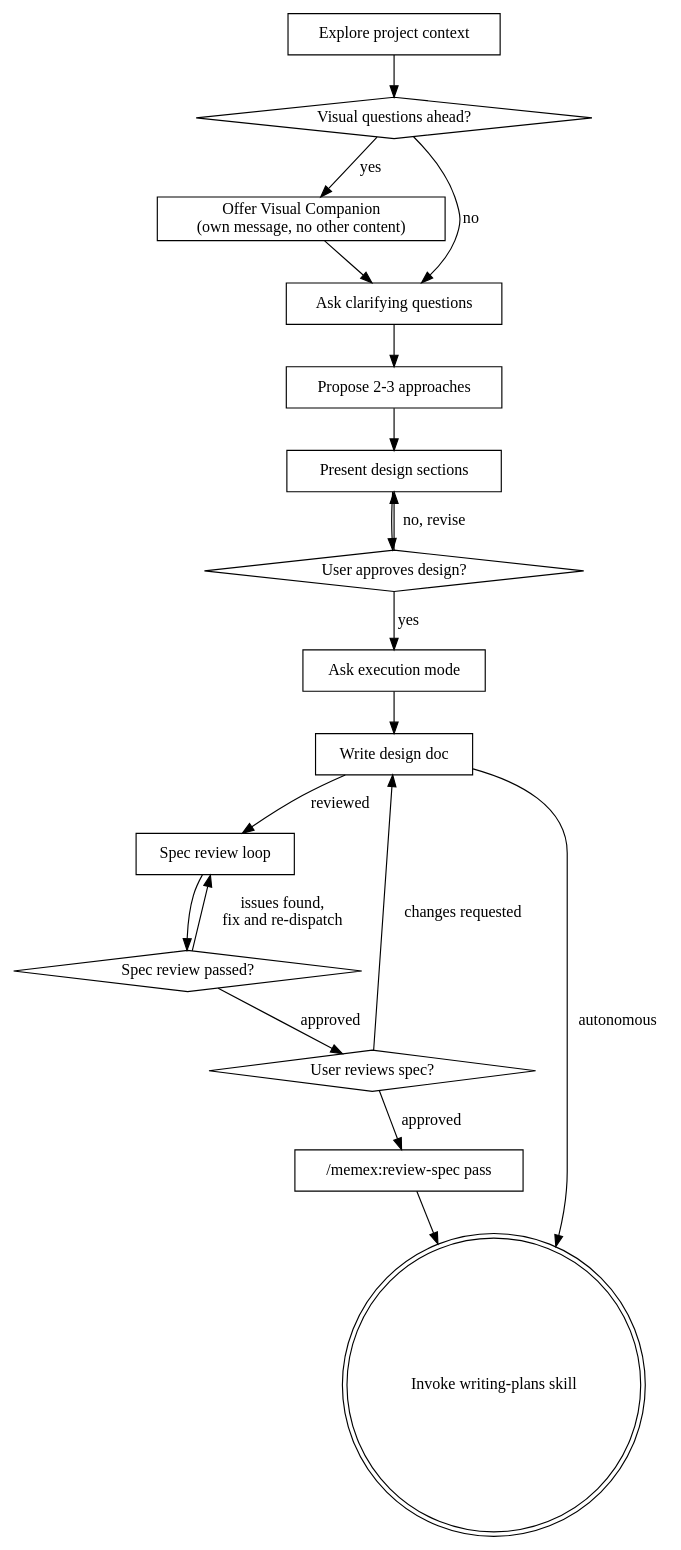
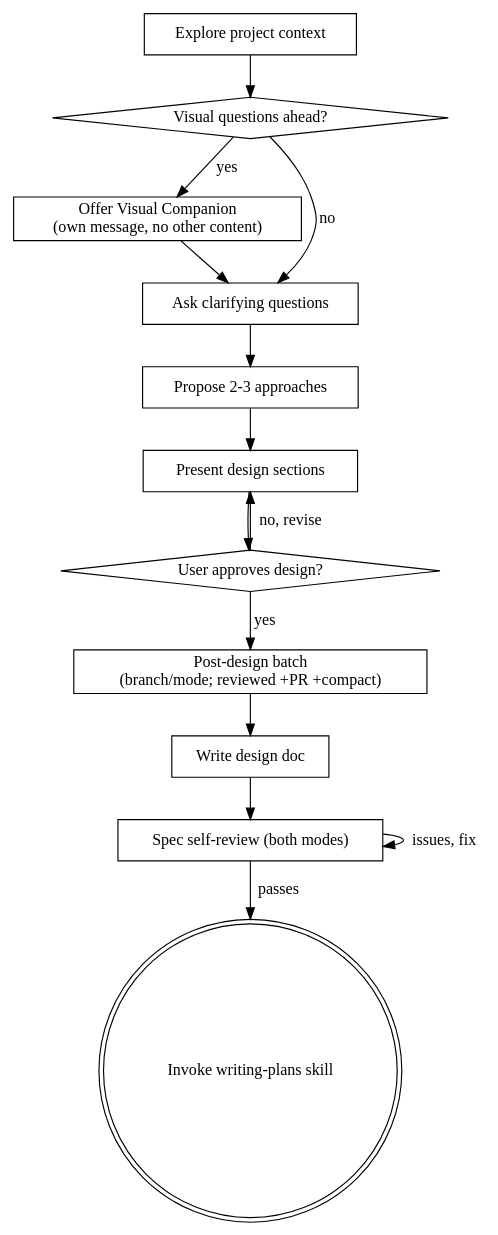
One commit to ribeirogab/memex changed the diagram in plugins/memex/skills/brainstorming/SKILL.md. Above: the diagram before and after it, drawn with Graphviz. The commit also changed other lines of this file and 2 other files, not shown here.

Commit message:
feat(brainstorming): single human gate (design), both-mode self-review, compact handoff

````diff
--- a/plugins/memex/skills/brainstorming/SKILL.md
+++ b/plugins/memex/skills/brainstorming/SKILL.md
@@ -38,37 +36,29 @@
 ```dot
 digraph brainstorming {
     "Explore project context" [shape=box];
     "Visual questions ahead?" [shape=diamond];
     "Offer Visual Companion\n(own message, no other content)" [shape=box];
     "Ask clarifying questions" [shape=box];
     "Propose 2-3 approaches" [shape=box];
     "Present design sections" [shape=box];
     "User approves design?" [shape=diamond];
-    "Ask execution mode" [shape=box];
+    "Post-design batch\n(branch/mode; reviewed +PR +compact)" [shape=box];
     "Write design doc" [shape=box];
-    "Spec review loop" [shape=box];
-    "Spec review passed?" [shape=diamond];
-    "User reviews spec?" [shape=diamond];
-    "/memex:review-spec pass" [shape=box];
+    "Spec self-review (both modes)" [shape=box];
     "Invoke writing-plans skill" [shape=doublecircle];
 
     "Explore project context" -> "Visual questions ahead?";
     "Visual questions ahead?" -> "Offer Visual Companion\n(own message, no other content)" [label="yes"];
     "Visual questions ahead?" -> "Ask clarifying questions" [label="no"];
     "Offer Visual Companion\n(own message, no other content)" -> "Ask clarifying questions";
     "Ask clarifying questions" -> "Propose 2-3 approaches";
     "Propose 2-3 approaches" -> "Present design sections";
     "Present design sections" -> "User approves design?";
     "User approves design?" -> "Present design sections" [label="no, revise"];
-    "User approves design?" -> "Ask execution mode" [label="yes"];
-    "Ask execution mode" -> "Write design doc";
-    "Write design doc" -> "Spec review loop" [label="reviewed"];
-    "Write design doc" -> "Invoke writing-plans skill" [label="autonomous"];
-    "Spec review loop" -> "Spec review passed?";
-    "Spec review passed?" -> "Spec review loop" [label="issues found,\nfix and re-dispatch"];
-    "Spec review passed?" -> "User reviews spec?" [label="approved"];
-    "User reviews spec?" -> "Write design doc" [label="changes requested"];
-    "User reviews spec?" -> "/memex:review-spec pass" [label="approved"];
-    "/memex:review-spec pass" -> "Invoke writing-plans skill";
+    "User approves design?" -> "Post-design batch\n(branch/mode; reviewed +PR +compact)" [label="yes"];
+    "Post-design batch\n(branch/mode; reviewed +PR +compact)" -> "Write design doc";
+    "Write design doc" -> "Spec self-review (both modes)";
+    "Spec self-review (both modes)" -> "Spec self-review (both modes)" [label="issues, fix"];
+    "Spec self-review (both modes)" -> "Invoke writing-plans skill" [label="passes"];
 }
 ```
````
